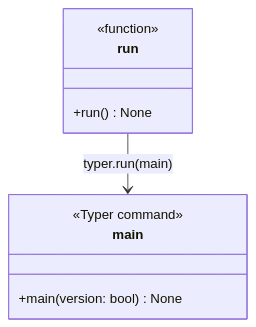
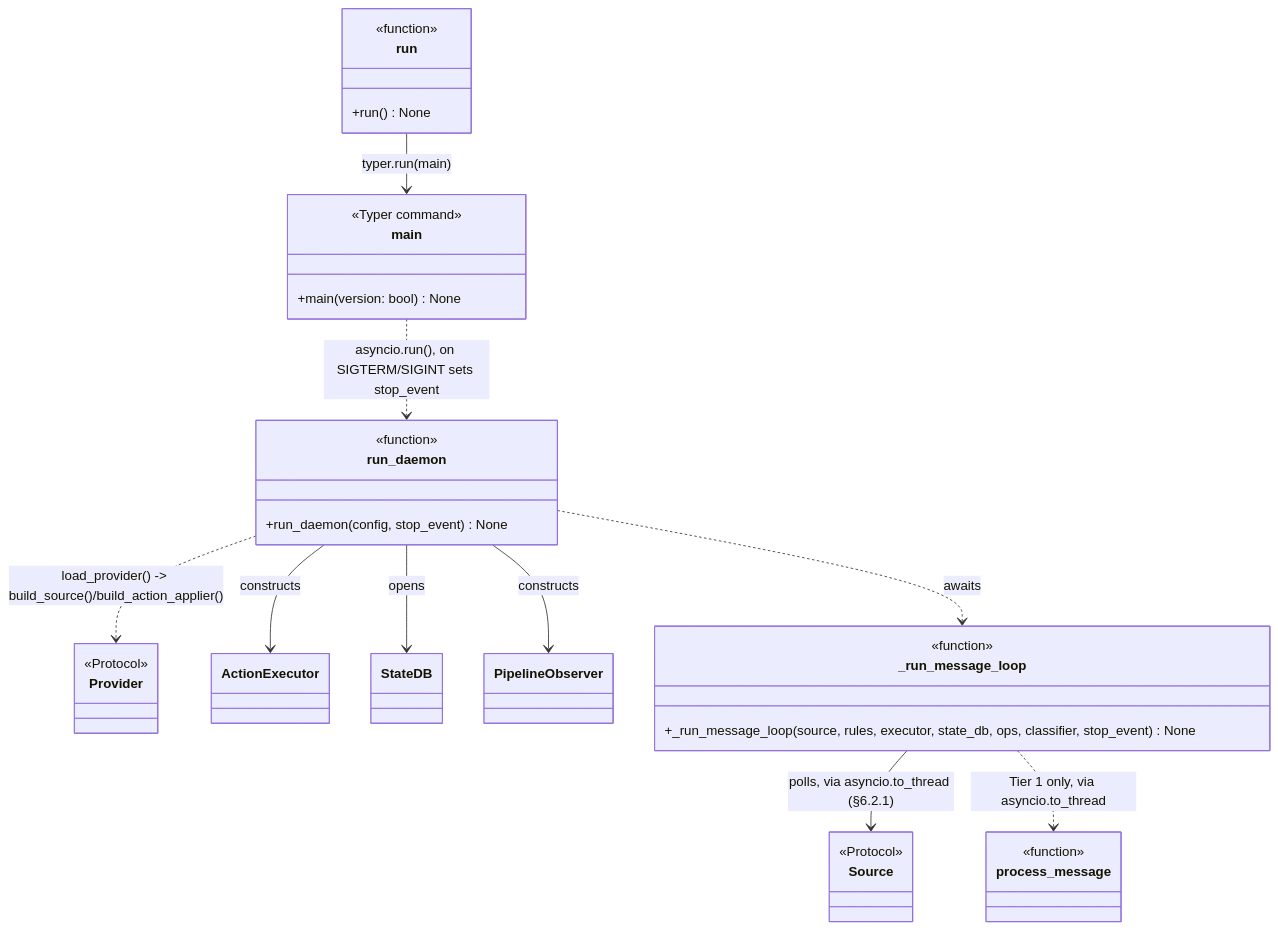
One commit to Stainless5166/friendly-octo-spork changed diagram 31 of 33 in docs/DESIGN.md. Above: the diagram before and after it, drawn with Mermaid. The commit also changed other lines of this file and 1 other file, not shown here.

````diff
--- a/docs/DESIGN.md
+++ b/docs/DESIGN.md
@@ -1373,13 +1474,36 @@
 ```mermaid
 classDiagram
     class main {
         <<Typer command>>
         +main(version: bool) None
     }
     class run {
         <<function>>
         +run() None
     }
+    class Provider { <<Protocol>> }
+    class Source { <<Protocol>> }
+    class ActionExecutor
+    class StateDB
+    class PipelineObserver
+    class process_message { <<function>> }
+
+    class run_daemon {
+        <<function>>
+        +run_daemon(config, stop_event) None
+    }
+    class _run_message_loop {
+        <<function>>
+        +_run_message_loop(source, rules, executor, state_db, ops, classifier, stop_event) None
+    }
 
     run --> main : typer.run(main)
+    main ..> run_daemon : asyncio.run(), on SIGTERM/SIGINT sets stop_event
+    run_daemon ..> Provider : load_provider() -> build_source()/build_action_applier()
+    run_daemon --> ActionExecutor : constructs
+    run_daemon --> StateDB : opens
+    run_daemon --> PipelineObserver : constructs
+    run_daemon ..> _run_message_loop : awaits
+    _run_message_loop --> Source : polls, via asyncio.to_thread (§6.2.1)
+    _run_message_loop ..> process_message : Tier 1 only, via asyncio.to_thread
 ```
````
